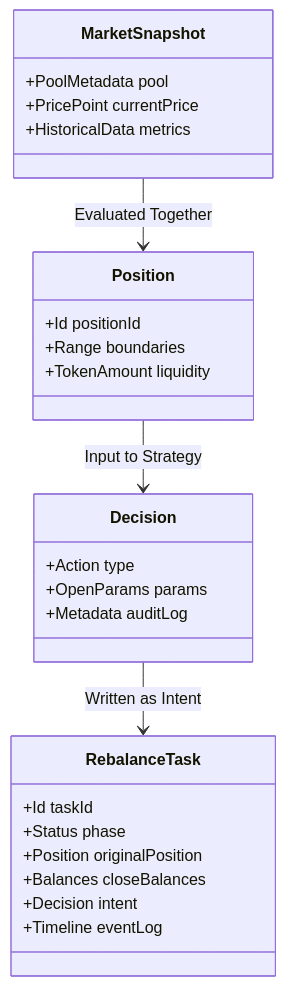
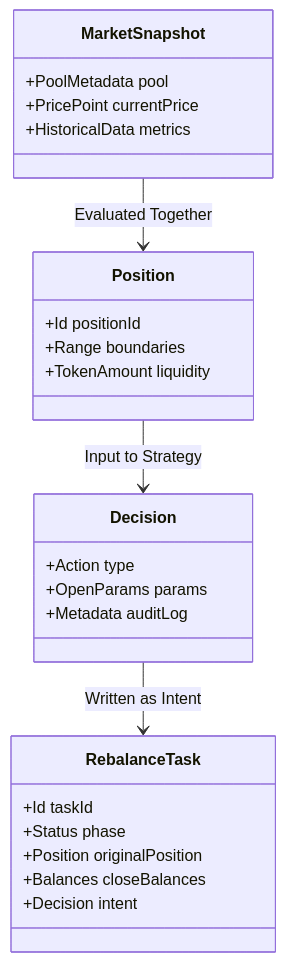
The first of 2 diagrams in docs/INTERFACES.md (romankurnovskii/aria-vega-market-maker), drawn with Mermaid before and after one commit. The commit also changed 4 other files, not shown here.

````diff
--- a/docs/INTERFACES.md
+++ b/docs/INTERFACES.md
@@ -11,30 +11,29 @@
 ```mermaid
 classDiagram
     class MarketSnapshot {
         +PoolMetadata pool
         +PricePoint currentPrice
         +HistoricalData metrics
     }
     class Position {
         +Id positionId
         +Range boundaries
         +TokenAmount liquidity
     }
     class Decision {
         +Action type
         +OpenParams params
         +Metadata auditLog
     }
     class RebalanceTask {
         +Id taskId
         +Status phase
         +Position originalPosition
         +Balances closeBalances
         +Decision intent
-        +Timeline eventLog
     }
 
     MarketSnapshot --> Position : Evaluated Together
     Position --> Decision : Input to Strategy
     Decision --> RebalanceTask : Written as Intent
 ```
````
